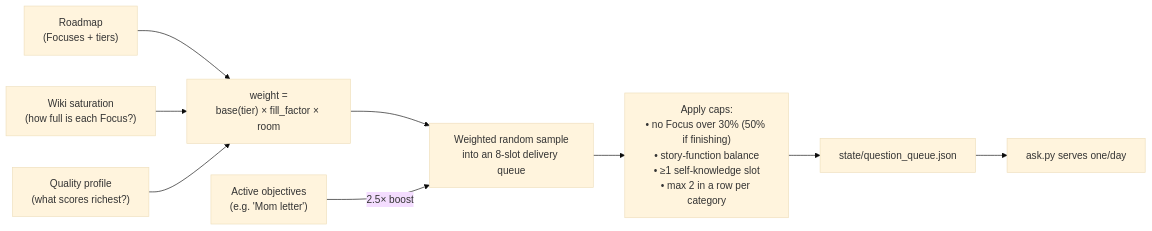
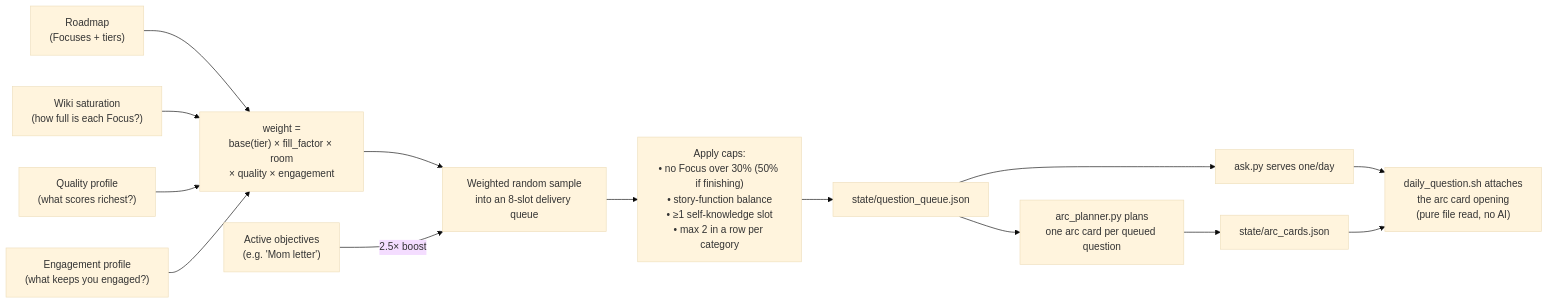
Before and after one commit to lifehug/lifehug: the third of 9 diagrams in README.md, drawn with Mermaid (base theme). The commit also changed other lines of this file and 13 other files, not shown here.

````diff
--- a/README.md
+++ b/README.md
@@ -178,11 +200,16 @@
 ```mermaid
 flowchart LR
     RM["Roadmap<br/>(Focuses + tiers)"] --> W
     WIKI["Wiki saturation<br/>(how full is each Focus?)"] --> W
     QP["Quality profile<br/>(what scores richest?)"] --> W
-    W["weight =<br/>base(tier) × fill_factor × room"] --> SAMPLE
+    EP["Engagement profile<br/>(what keeps you engaged?)"] --> W
+    W["weight =<br/>base(tier) × fill_factor × room<br/>× quality × engagement"] --> SAMPLE
     OBJ["Active objectives<br/>(e.g. 'Mom letter')"] -->|2.5× boost| SAMPLE
     SAMPLE["Weighted random sample<br/>into an 8-slot delivery queue"] --> CAPS
     CAPS["Apply caps:<br/>• no Focus over 30% (50% if finishing)<br/>• story-function balance<br/>• ≥1 self-knowledge slot<br/>• max 2 in a row per category"] --> QUEUE["state/question_queue.json"]
     QUEUE --> ASK["ask.py serves one/day"]
+    QUEUE --> ARCPLAN["arc_planner.py plans<br/>one arc card per queued question"]
+    ARCPLAN --> ARCCARDS["state/arc_cards.json"]
+    ASK --> ATTACH["daily_question.sh attaches<br/>the arc card opening<br/>(pure file read, no AI)"]
+    ARCCARDS --> ATTACH
 ```
````
